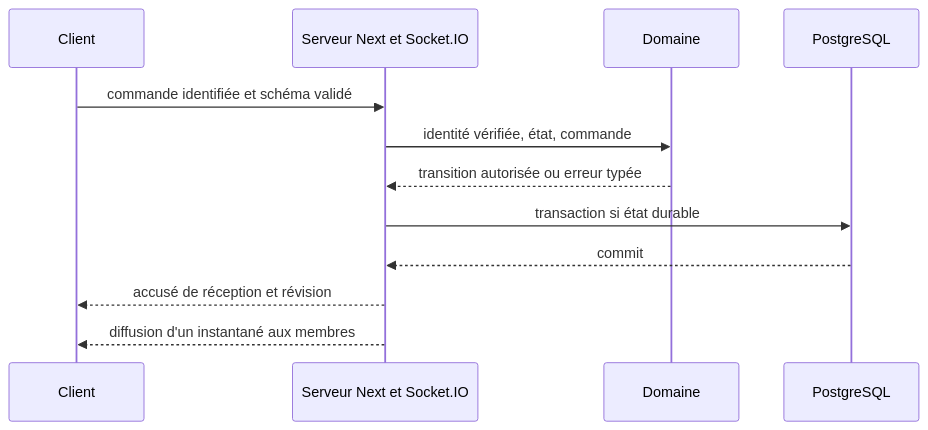
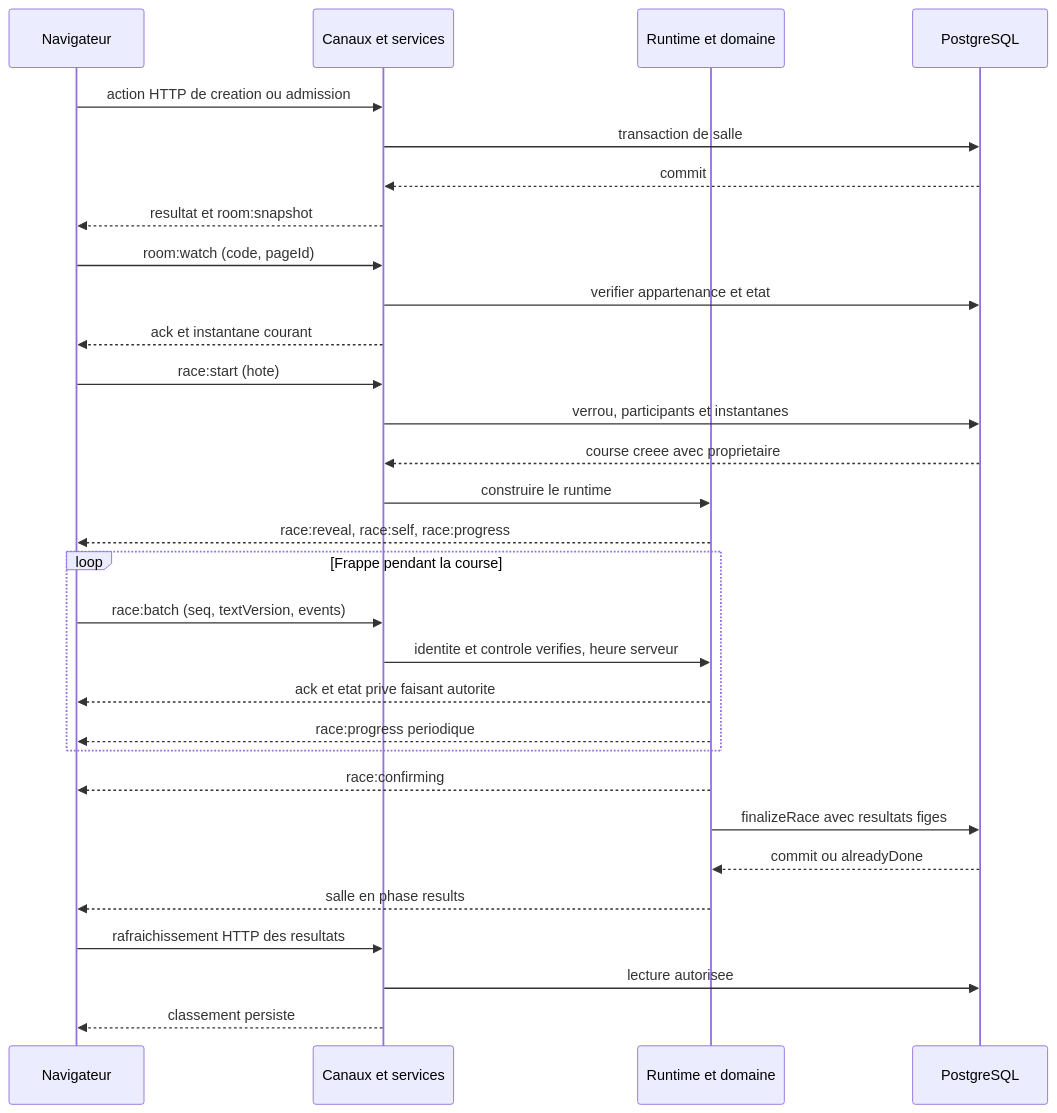
Before and after one commit to PhilJordan18/incision: the fourth of 4 diagrams in docs/ARCHITECTURE.md, drawn with Mermaid. The commit also changed other lines of this file and 3 other files, not shown here.

Commit message:
docs(architecture): describe delivered race flow and deterministic bots

````diff
--- a/docs/ARCHITECTURE.md
+++ b/docs/ARCHITECTURE.md
@@ -114,14 +112,32 @@
 ```mermaid
 sequenceDiagram
-  participant C as Client
-  participant S as Serveur Next et Socket.IO
-  participant D as Domaine
+  participant C as Navigateur
+  participant S as Canaux et services
+  participant R as Runtime et domaine
   participant P as PostgreSQL
-  C->>S: commande identifiée et schéma validé
-  S->>D: identité vérifiée, état, commande
-  D-->>S: transition autorisée ou erreur typée
-  S->>P: transaction si état durable
+  C->>S: action HTTP de creation ou admission
+  S->>P: transaction de salle
   P-->>S: commit
-  S-->>C: accusé de réception et révision
-  S-->>C: diffusion d'un instantané aux membres
+  S-->>C: resultat et room:snapshot
+  C->>S: room:watch (code, pageId)
+  S->>P: verifier appartenance et etat
+  S-->>C: ack et instantane courant
+  C->>S: race:start (hote)
+  S->>P: verrou, participants et instantanes
+  P-->>S: course creee avec proprietaire
+  S->>R: construire le runtime
+  R-->>C: race:reveal, race:self, race:progress
+  loop Frappe pendant la course
+    C->>S: race:batch (seq, textVersion, events)
+    S->>R: identite et controle verifies, heure serveur
+    R-->>C: ack et etat prive faisant autorite
+    R-->>C: race:progress periodique
+  end
+  R-->>C: race:confirming
+  R->>P: finalizeRace avec resultats figes
+  P-->>R: commit ou alreadyDone
+  R-->>C: salle en phase results
+  C->>S: rafraichissement HTTP des resultats
+  S->>P: lecture autorisee
+  S-->>C: classement persiste
 ```
````
